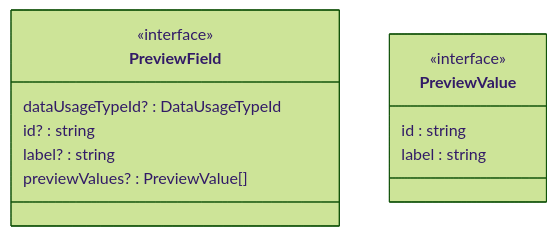
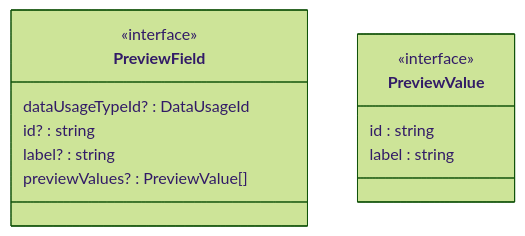
One commit to data-positioning/datapos-shared changed the fifth of 7 diagrams in README.md. Above: the diagram before and after it, drawn with Mermaid (forest theme). The commit also changed other lines of this file and 4 other files, not shown here.

````diff
--- a/README.md
+++ b/README.md
@@ -205,18 +205,18 @@
 ```mermaid
 classDiagram
     direction TB
 
     class PreviewField {
         <<interface>>
-        dataUsageTypeId? :  DataUsageTypeId
+        dataUsageTypeId? :  DataUsageId
         id? :  string
         label? :  string
         previewValues? :  PreviewValue[]
     }
 
     class PreviewValue {
         <<interface>>
         id :  string
         label :  string
     }
 ```
````
